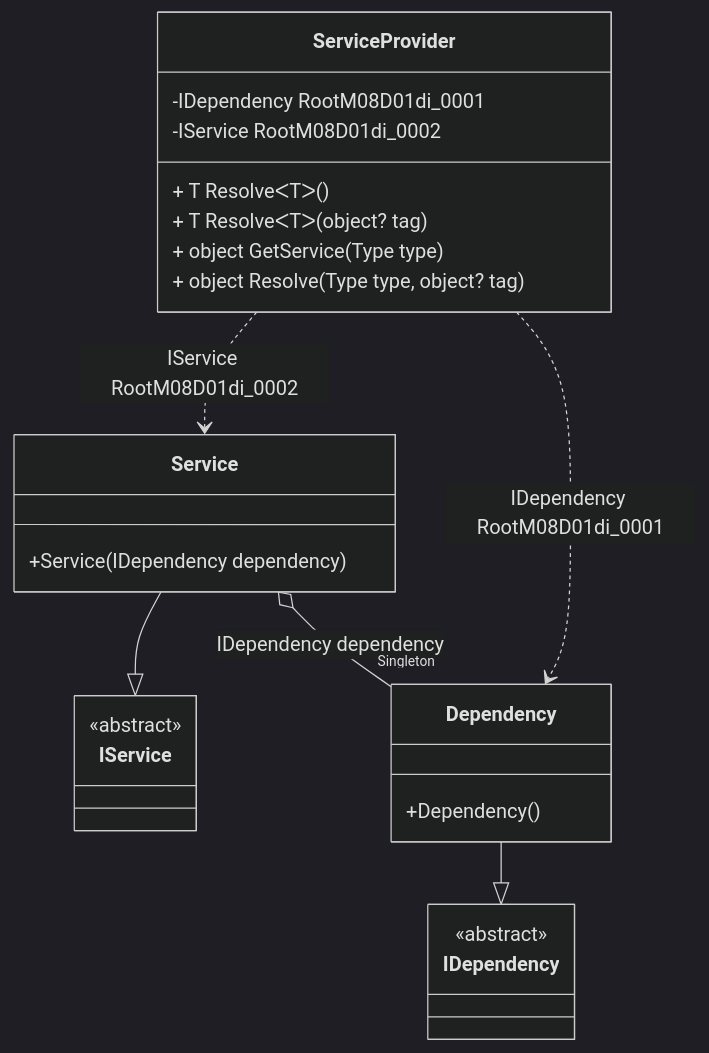
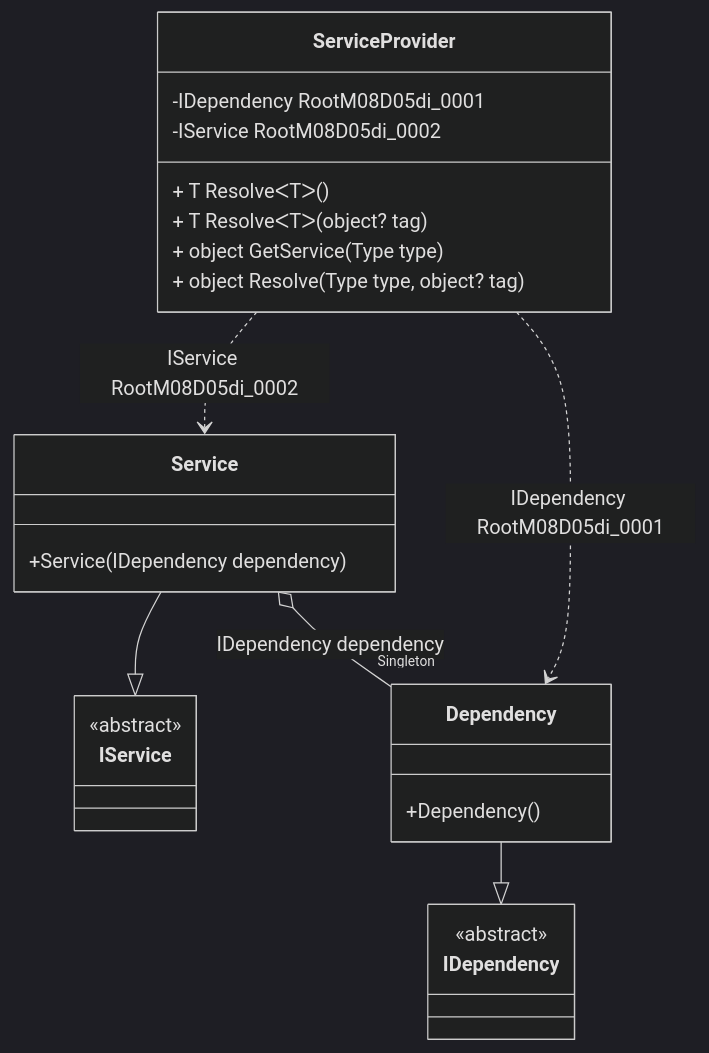
Before and after one commit to DevTeam/Pure.DI: the diagram in readme/service-provider.md, drawn with Mermaid (dark theme). The commit also changed other lines of this file and 58 other files, not shown here.

````diff
--- a/readme/service-provider.md
+++ b/readme/service-provider.md
@@ -50,28 +50,28 @@
 ```mermaid
 classDiagram
   class ServiceProvider {
-    -IDependency RootM08D01di_0001
-    -IService RootM08D01di_0002
+    -IDependency RootM08D05di_0001
+    -IService RootM08D05di_0002
     + T ResolveᐸTᐳ()
     + T ResolveᐸTᐳ(object? tag)
     + object GetService(Type type)
     + object Resolve(Type type, object? tag)
   }
   Service --|> IService : 
   class Service {
     +Service(IDependency dependency)
   }
   Dependency --|> IDependency : 
   class Dependency {
     +Dependency()
   }
   class IService {
     <<abstract>>
   }
   class IDependency {
     <<abstract>>
   }
   Service o--  "Singleton" Dependency : IDependency dependency
-  ServiceProvider ..> Dependency : IDependency RootM08D01di_0001
-  ServiceProvider ..> Service : IService RootM08D01di_0002
+  ServiceProvider ..> Dependency : IDependency RootM08D05di_0001
+  ServiceProvider ..> Service : IService RootM08D05di_0002
 ```
````
